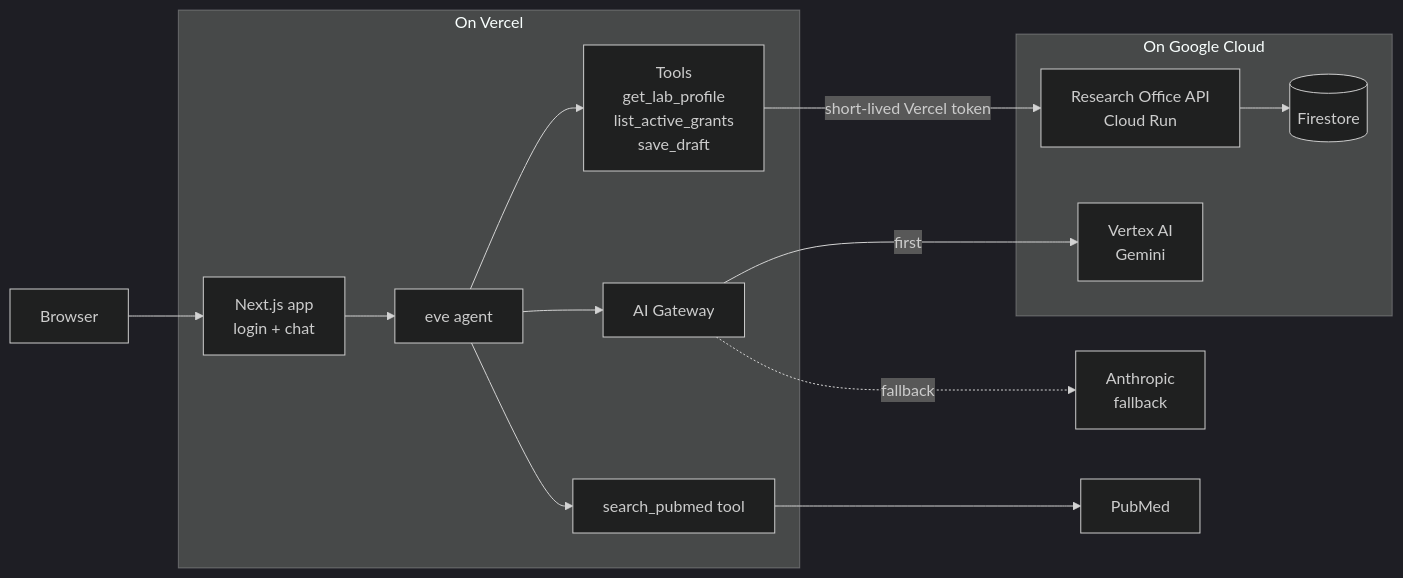
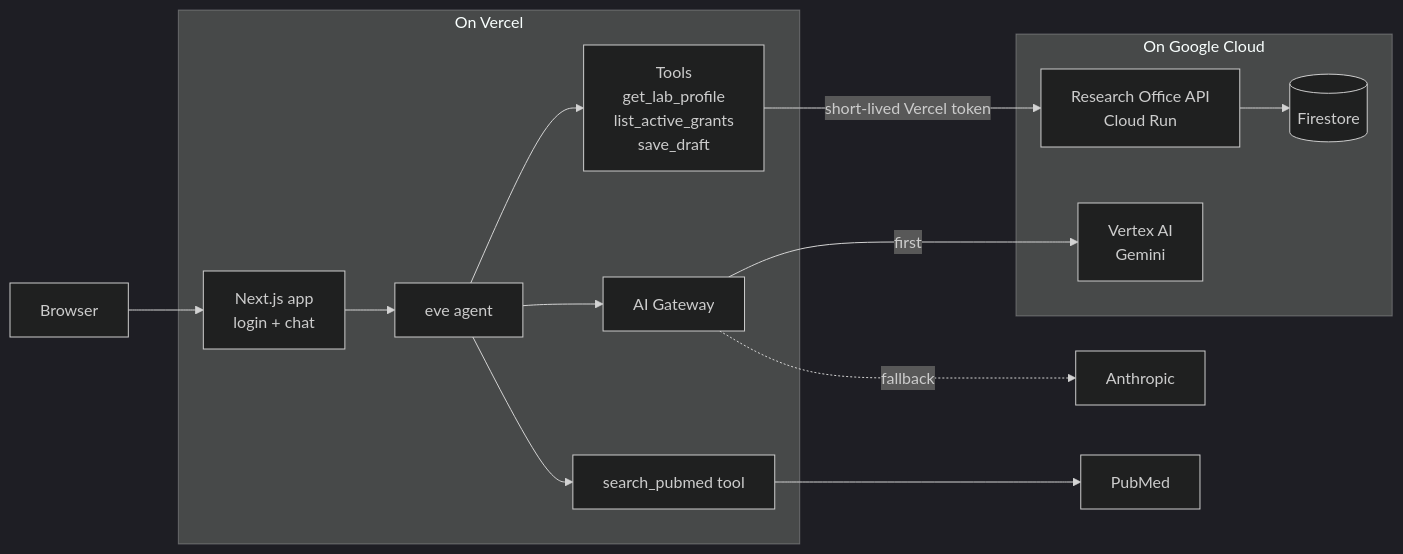
Before and after one commit to rgoldenbroit/grantdesk: the diagram in README.md, drawn with Mermaid (dark theme).

Commit message:
docs: untangle the AI Gateway and PubMed lines in the README diagram
Reorder the Mermaid source so AI Gateway sits between the tools and
search_pubmed, and Anthropic sits before PubMed. The gateway's lines no
longer cross the PubMed line. The Anthropic box drops the repeated
"fallback" label; the arrow already says it.

````diff
--- a/README.md
+++ b/README.md
@@ -26,27 +26,27 @@
 ```mermaid
 flowchart LR
   browser["Browser"]
 
   subgraph vercel["On Vercel"]
     nextApp["Next.js app<br/>login + chat"]
     agent["eve agent"]
     tools["Tools<br/>get_lab_profile<br/>list_active_grants<br/>save_draft"]
+    gateway["AI Gateway"]
     pubmedTool["search_pubmed tool"]
-    gateway["AI Gateway"]
   end
 
   subgraph gcp["On Google Cloud"]
     api["Research Office API<br/>Cloud Run"]
     firestore[("Firestore")]
     vertex["Vertex AI<br/>Gemini"]
   end
 
-  anthropic["Anthropic<br/>fallback"]
+  anthropic["Anthropic"]
   pubmed["PubMed"]
 
   browser --> nextApp --> agent
   agent --> tools -->|"short-lived Vercel token"| api --> firestore
-  agent --> pubmedTool --> pubmed
   agent --> gateway -->|first| vertex
   gateway -.->|fallback| anthropic
+  agent --> pubmedTool --> pubmed
 ```
````
